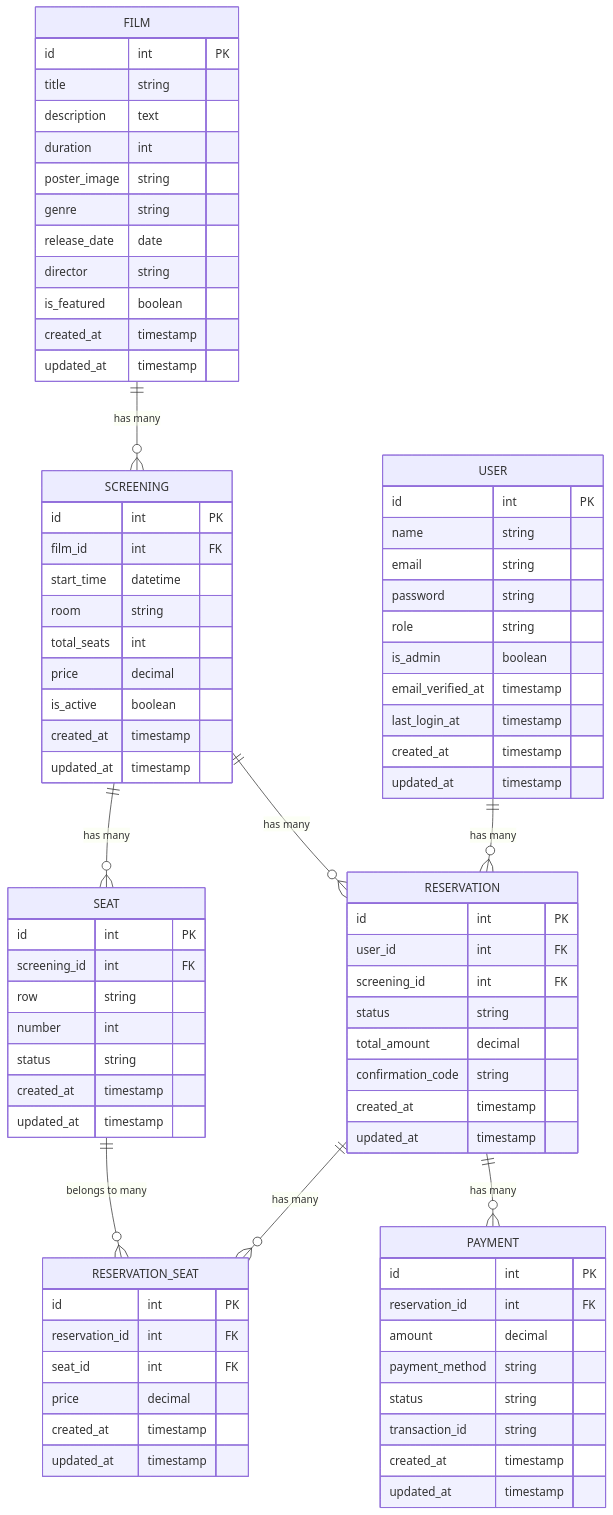
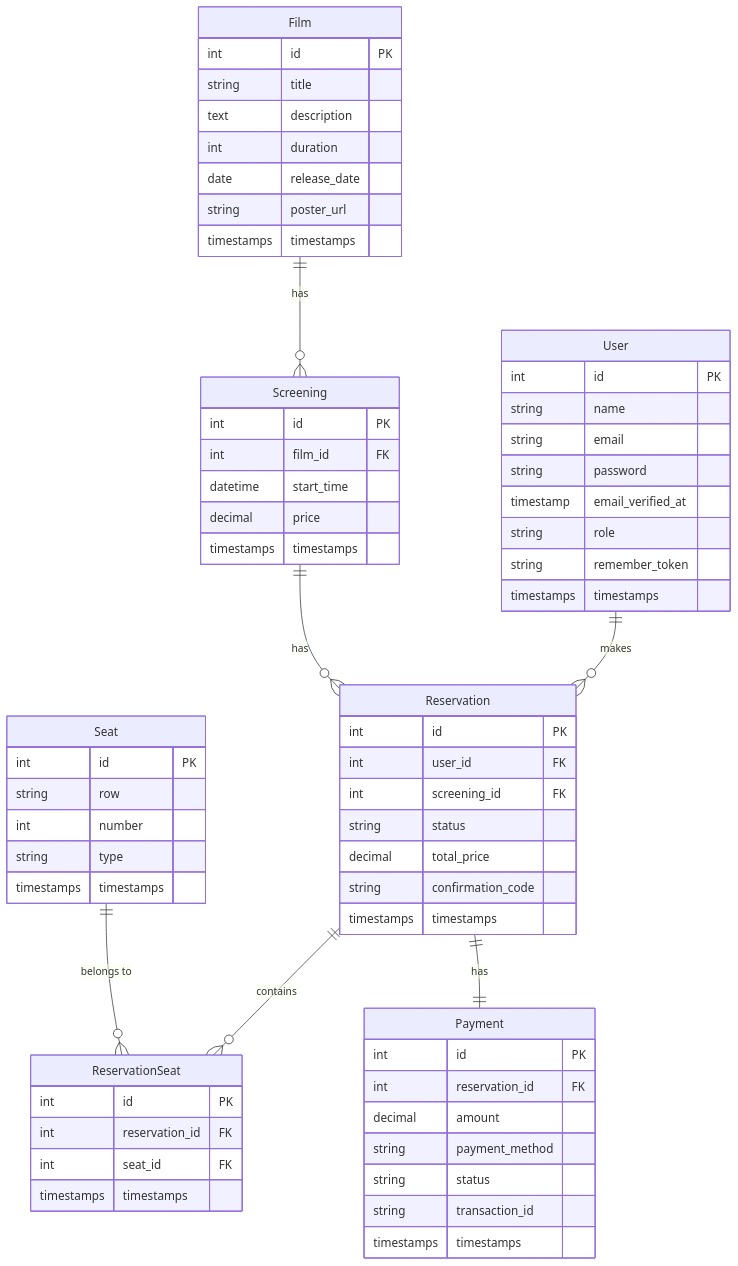
The first of 4 diagrams in backend-documentation.md (harkoussomar/cinema-system-management), drawn with Mermaid before and after one commit. The commit also changed other lines of this file and 43 other files, not shown here.

````diff
--- a/backend-documentation.md
+++ b/backend-documentation.md
@@ -56,90 +137,73 @@
 ```mermaid
 erDiagram
-    FILM {
-        id int PK
-        title string
-        description text
-        duration int
-        poster_image string
-        genre string
-        release_date date
-        director string
-        is_featured boolean
-        created_at timestamp
-        updated_at timestamp
+    User ||--o{ Reservation : "makes"
+    Film ||--o{ Screening : "has"
+    Screening ||--o{ Reservation : "has"
+    Reservation ||--o{ ReservationSeat : "contains"
+    Seat ||--o{ ReservationSeat : "belongs to"
+    Reservation ||--|| Payment : "has"
+
+    User {
+        int id PK
+        string name
+        string email
+        string password
+        timestamp email_verified_at
+        string role
+        string remember_token
+        timestamps timestamps
     }
 
-    SCREENING {
-        id int PK
-        film_id int FK
-        start_time datetime
-        room string
-        total_seats int
-        price decimal
-        is_active boolean
-        created_at timestamp
-        updated_at timestamp
+    Film {
+        int id PK
+        string title
+        text description
+        int duration
+        date release_date
+        string poster_url
+        timestamps timestamps
     }
 
-    SEAT {
-        id int PK
-        screening_id int FK
-        row string
-        number int
-        status string
-        created_at timestamp
-        updated_at timestamp
+    Screening {
+        int id PK
+        int film_id FK
+        datetime start_time
+        decimal price
+        timestamps timestamps
     }
 
-    RESERVATION {
-        id int PK
-        user_id int FK
-        screening_id int FK
-        status string
-        total_amount decimal
-        confirmation_code string
-        created_at timestamp
-        updated_at timestamp
+    Reservation {
+        int id PK
+        int user_id FK
+        int screening_id FK
+        string status
+        decimal total_price
+        string confirmation_code
+        timestamps timestamps
     }
 
-    RESERVATION_SEAT {
-        id int PK
-        reservation_id int FK
-        seat_id int FK
-        price decimal
-        created_at timestamp
-        updated_at timestamp
+    Seat {
+        int id PK
+        string row
+        int number
+        string type
+        timestamps timestamps
     }
 
-    PAYMENT {
-        id int PK
-        reservation_id int FK
-        amount decimal
-        payment_method string
-        status string
-        transaction_id string
-        created_at timestamp
-        updated_at timestamp
+    ReservationSeat {
+        int id PK
+        int reservation_id FK
+        int seat_id FK
+        timestamps timestamps
     }
 
-    USER {
-        id int PK
-        name string
-        email string
-        password string
-        role string
-        is_admin boolean
-        email_verified_at timestamp
-        last_login_at timestamp
-        created_at timestamp
-        updated_at timestamp
+    Payment {
+        int id PK
+        int reservation_id FK
+        decimal amount
+        string payment_method
+        string status
+        string transaction_id
+        timestamps timestamps
     }
-
-    FILM ||--o{ SCREENING : "has many"
-    SCREENING ||--o{ SEAT : "has many"
-    SCREENING ||--o{ RESERVATION : "has many"
-    USER ||--o{ RESERVATION : "has many"
-    RESERVATION ||--o{ RESERVATION_SEAT : "has many"
-    RESERVATION ||--o{ PAYMENT : "has many"
-    SEAT ||--o{ RESERVATION_SEAT : "belongs to many"
 ```
````
